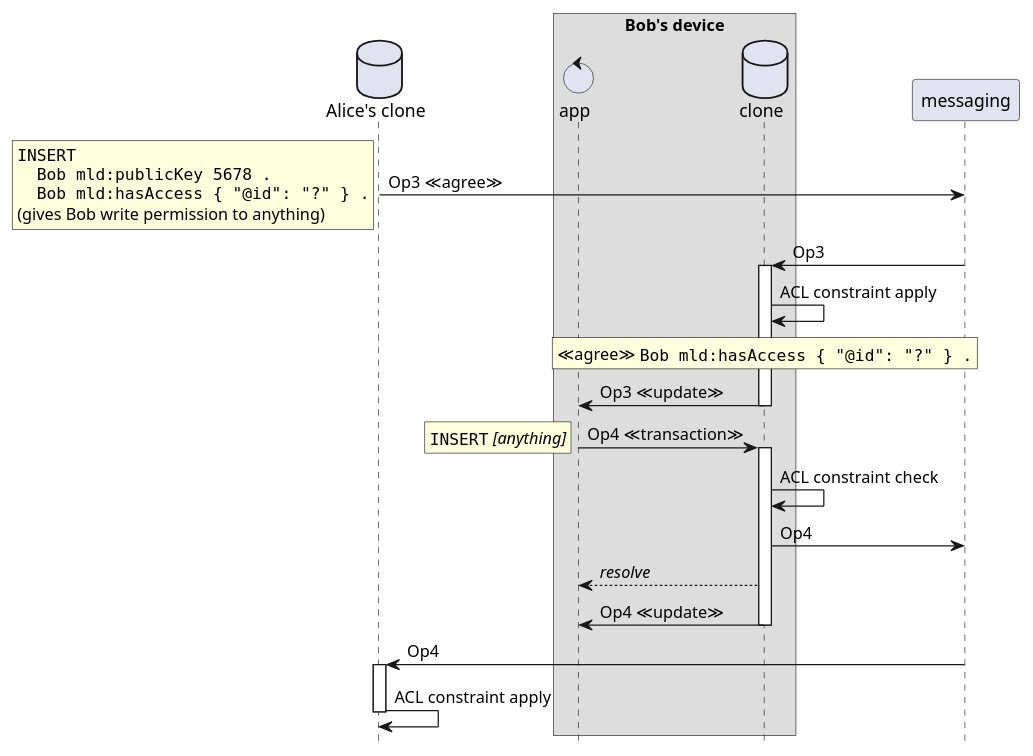
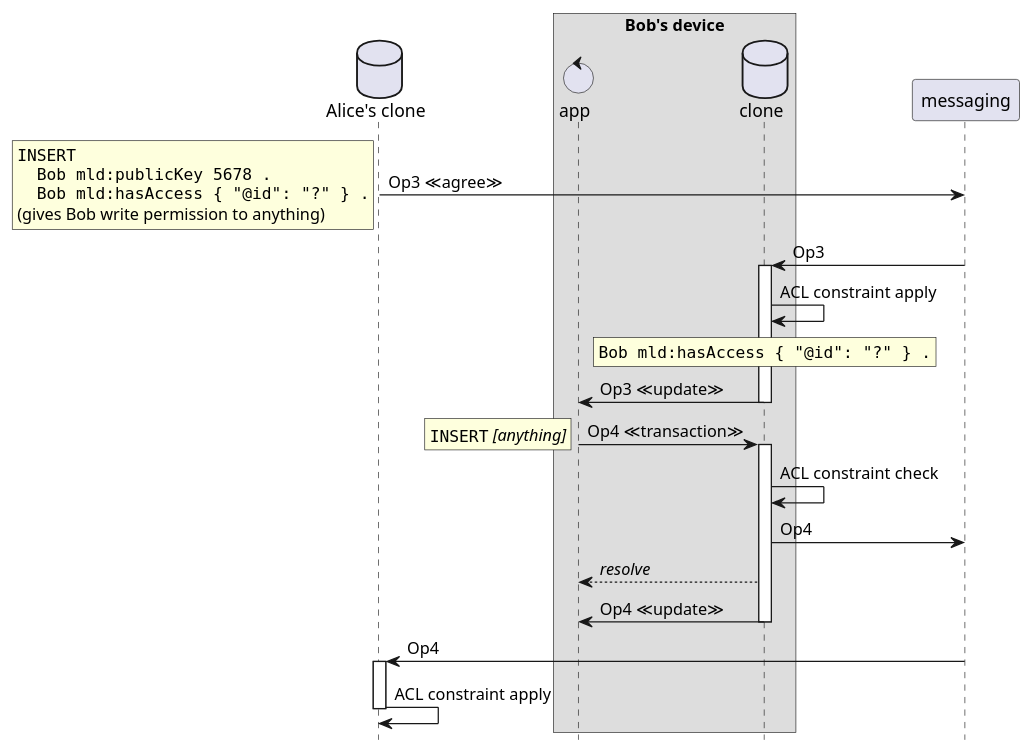
Before and after one commit to m-ld/m-ld-security-spec: the diagram in design/3-grant-bob-access.seq.puml, drawn with PlantUML. The commit also changed 29 other files, not shown here.

```diff
--- a/design/3-grant-bob-access.seq.puml
+++ b/design/3-grant-bob-access.seq.puml
@@ -1,38 +1,37 @@
 @startuml
 'https://plantuml.com/sequence-diagram
-
 hide footbox
 
 database "Alice's clone" as genesis
 box Bob's device
 control "app" as proc2
 database "clone" as clone2
 end box
 
 genesis -> messaging: Op3 ≪agree≫
 rnote left
 <code>
 INSERT
   Bob mld:publicKey 5678 .
   Bob mld:hasAccess { "@id": "?" } .
 </code>
 (gives Bob write permission to anything)
 end note
 
 messaging -> clone2 ++: Op3
 clone2 -> clone2: ACL constraint apply
-rnote over clone2: ≪agree≫ ""Bob mld:hasAccess { "@id": "?" } .""
+rnote over clone2: ""Bob mld:hasAccess { "@id": "?" } .""
 clone2 -> proc2 --: Op3 ≪update≫
 
 proc2 -> clone2 ++: Op4 ≪transaction≫
 rnote left: ""INSERT"" //[anything]//
 
 clone2 -> clone2: ACL constraint check
 
 clone2 -> messaging: Op4
 clone2 --> proc2: //resolve//
 clone2 -> proc2 --: Op4 ≪update≫
 messaging -> genesis ++: Op4
 genesis -> genesis --: ACL constraint apply
 
 @enduml
```
